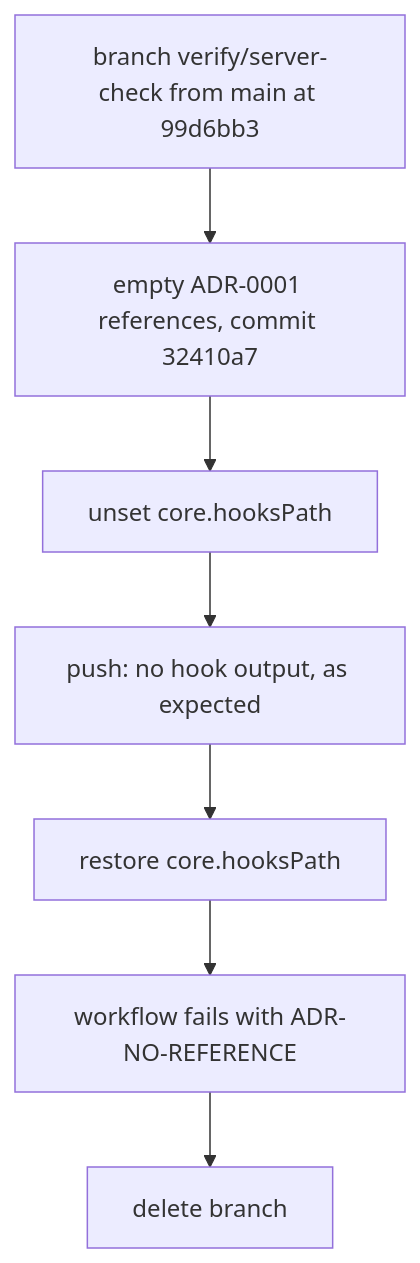
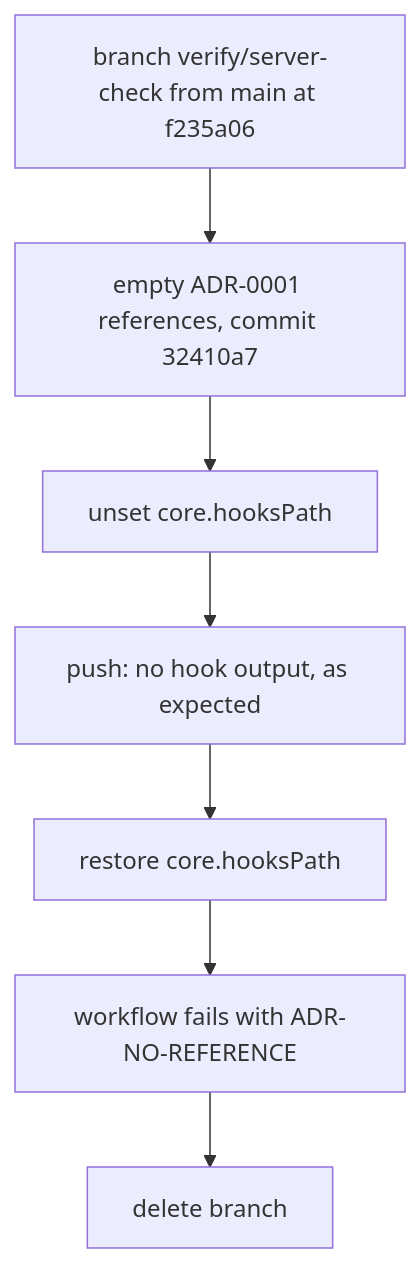
Before and after one commit to vanioljantunes/aleArrhythmia: the diagram in docs/vault/logs/log-2026-09-21-enforcement-verification.md, drawn with Mermaid. The commit also changed other lines of this file and 3 other files, not shown here.

````diff
--- a/docs/vault/logs/log-2026-09-21-enforcement-verification.md
+++ b/docs/vault/logs/log-2026-09-21-enforcement-verification.md
@@ -31,9 +31,9 @@
 ```mermaid
 flowchart TD
-  A[branch verify/server-check from main at 99d6bb3] --> B[empty ADR-0001 references, commit 32410a7]
+  A[branch verify/server-check from main at f235a06] --> B[empty ADR-0001 references, commit 32410a7]
   B --> C[unset core.hooksPath]
   C --> D[push: no hook output, as expected]
   D --> E[restore core.hooksPath]
   E --> F[workflow fails with ADR-NO-REFERENCE]
   F --> G[delete branch]
 ```
````
